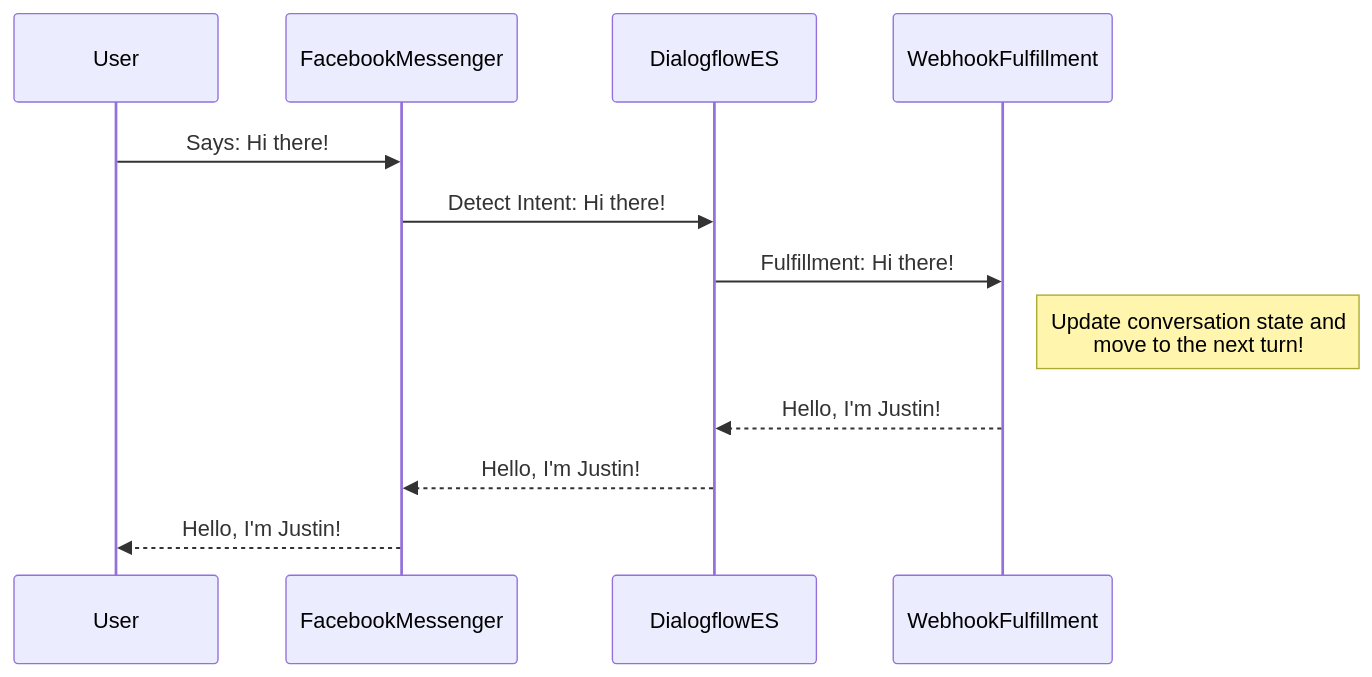
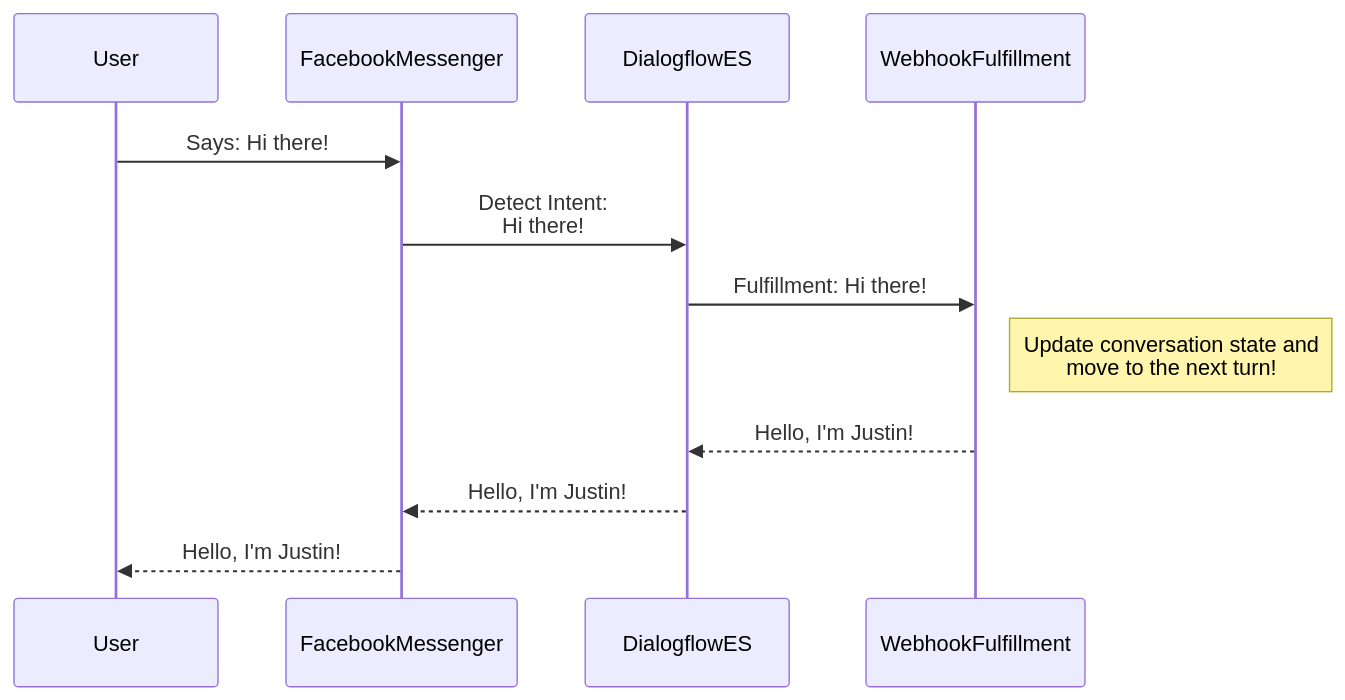
Before and after one commit to jusranda/codingforconvos: the diagram in README.md, drawn with Mermaid.

````diff
--- a/README.md
+++ b/README.md
@@ -4,14 +4,14 @@
 ```mermaid
 sequenceDiagram
     participant User
     participant FacebookMessenger
     participant DialogflowES
     participant WebhookFulfillment
     User->>FacebookMessenger: Says: Hi there!
-    FacebookMessenger->>DialogflowES: Detect Intent: Hi there!
+    FacebookMessenger->>DialogflowES: Detect Intent: <br/>Hi there!
     DialogflowES->>WebhookFulfillment: Fulfillment: Hi there!
     Note right of WebhookFulfillment: Update conversation state and<br/>move to the next turn!
     WebhookFulfillment-->>DialogflowES: Hello, I'm Justin!
     DialogflowES-->>FacebookMessenger: Hello, I'm Justin!
     FacebookMessenger-->>User: Hello, I'm Justin!
 ```
````
